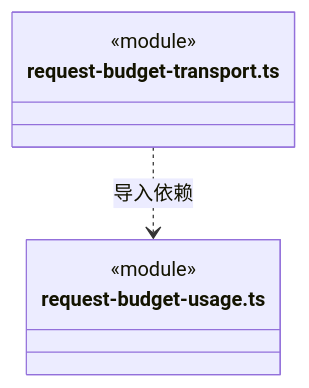
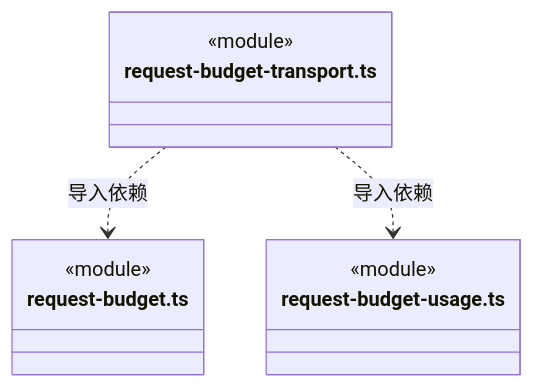
Before and after one commit to nan023062/cbim: diagram 11 of 11 in src/backend/core/brain/llm/ARCHITECTURE.md, drawn with Mermaid. The commit also changed other lines of this file and 81 other files, not shown here.

````diff
--- a/src/backend/core/brain/llm/ARCHITECTURE.md
+++ b/src/backend/core/brain/llm/ARCHITECTURE.md
@@ -238,10 +235,14 @@
 ```mermaid
 classDiagram
 class N_src_backend_core_brain_llm_request_budget_transport_ts["request-budget-transport.ts"] {
   <<module>>
 }
+class N_src_backend_core_brain_llm_request_budget_ts["request-budget.ts"] {
+  <<module>>
+}
 class N_src_backend_core_brain_llm_request_budget_usage_ts["request-budget-usage.ts"] {
   <<module>>
 }
+N_src_backend_core_brain_llm_request_budget_transport_ts ..> N_src_backend_core_brain_llm_request_budget_ts : 导入依赖
 N_src_backend_core_brain_llm_request_budget_transport_ts ..> N_src_backend_core_brain_llm_request_budget_usage_ts : 导入依赖
 ```
````
